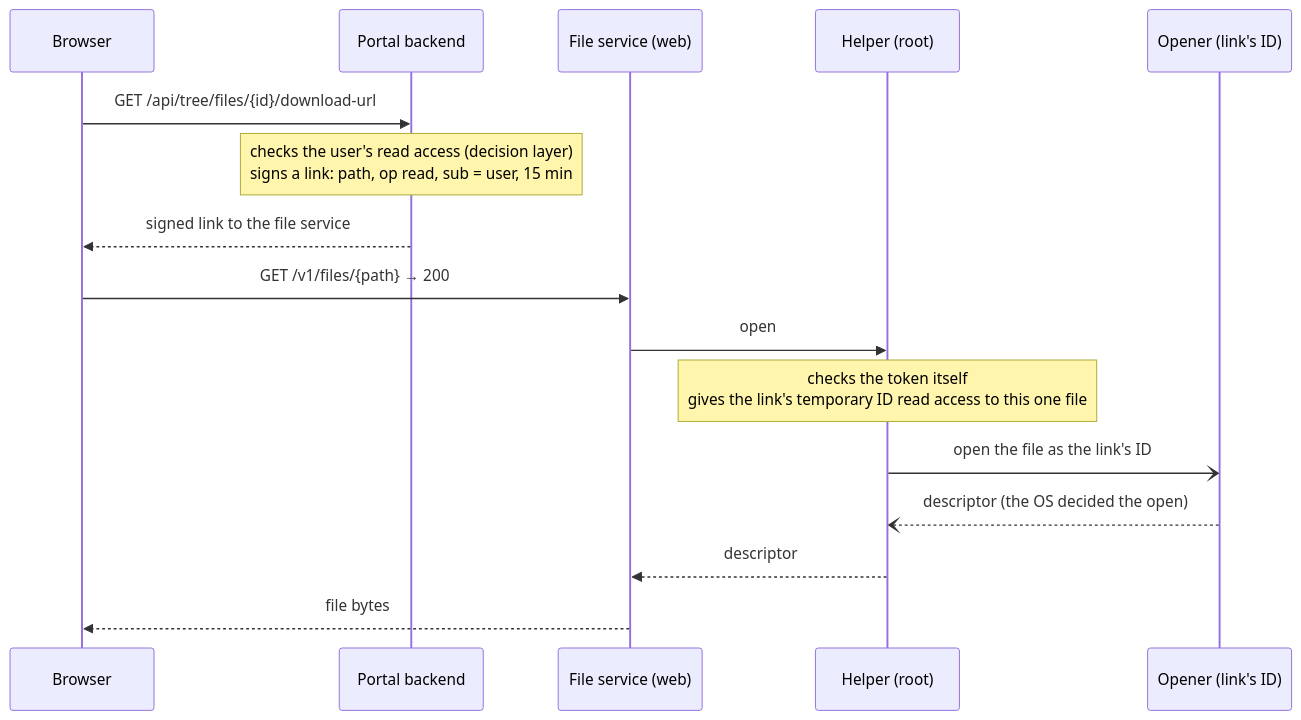
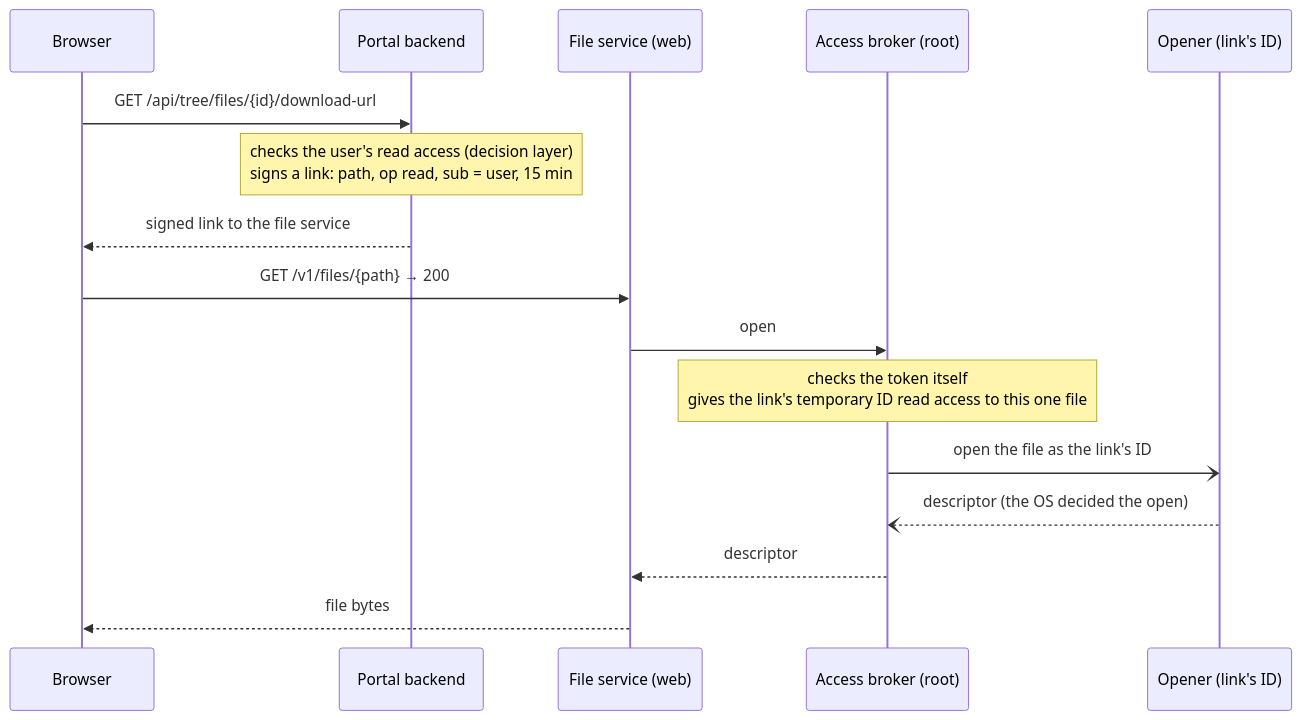
The first of 5 diagrams in docs/diagrams/posix-sequences.md (pmahon3/Data-Portal), drawn with Mermaid before and after one commit. The commit also changed other lines of this file and 30 other files, not shown here.

First line of the commit message:
refactor(posix): name the modes for who reads the files; the helper is the access broker

````diff
--- a/docs/diagrams/posix-sequences.md
+++ b/docs/diagrams/posix-sequences.md
@@ -15,21 +15,21 @@
 ```mermaid
 %% check: download
 sequenceDiagram
     participant Browser
     participant Backend as Portal backend
     participant FileService as File service (web)
-    participant Helper as Helper (root)
+    participant Broker as Access broker (root)
     participant Opener as Opener (link's ID)
 
     Browser->>Backend: GET /api/tree/files/{id}/download-url
     Note over Backend: checks the user's read access (decision layer)<br/>signs a link: path, op read, sub = user, 15 min
     Backend-->>Browser: signed link to the file service
 
     Browser->>FileService: GET /v1/files/{path} → 200
-    FileService->>Helper: open
-    Note over Helper: checks the token itself<br/>gives the link's temporary ID read access to this one file
-    Helper-)Opener: open the file as the link's ID
-    Opener--)Helper: descriptor (the OS decided the open)
-    Helper-->>FileService: descriptor
+    FileService->>Broker: open
+    Note over Broker: checks the token itself<br/>gives the link's temporary ID read access to this one file
+    Broker-)Opener: open the file as the link's ID
+    Opener--)Broker: descriptor (the OS decided the open)
+    Broker-->>FileService: descriptor
     FileService-->>Browser: file bytes
 ```
````
